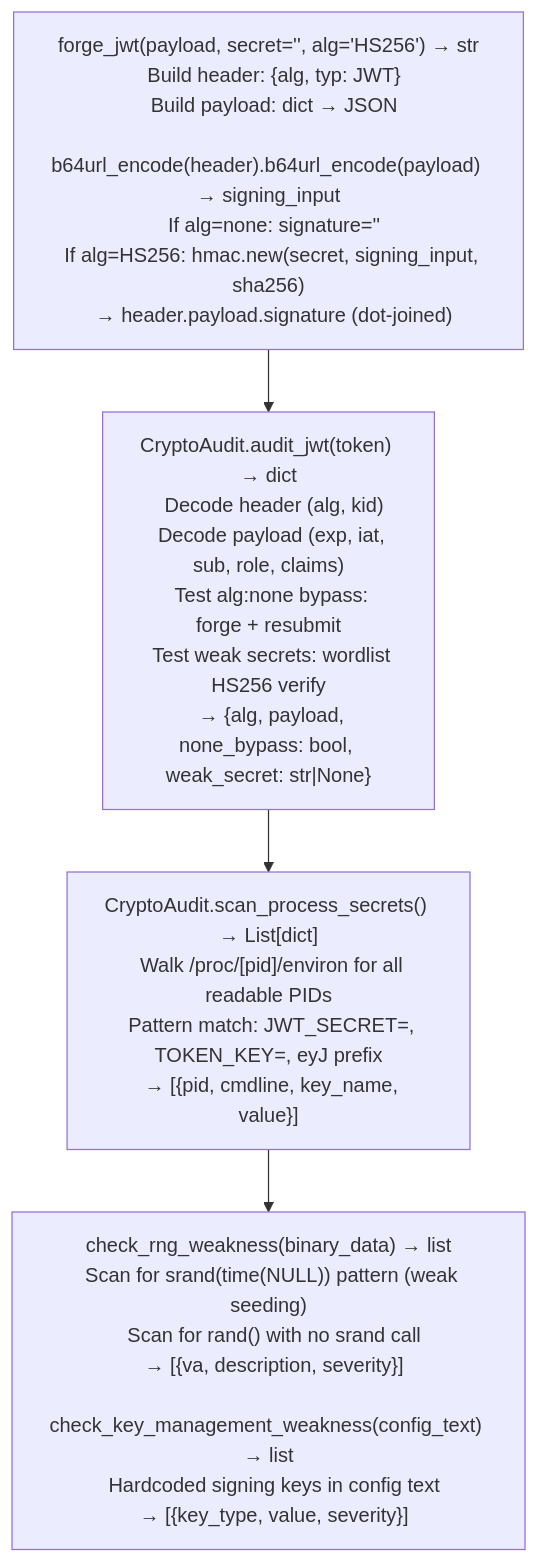
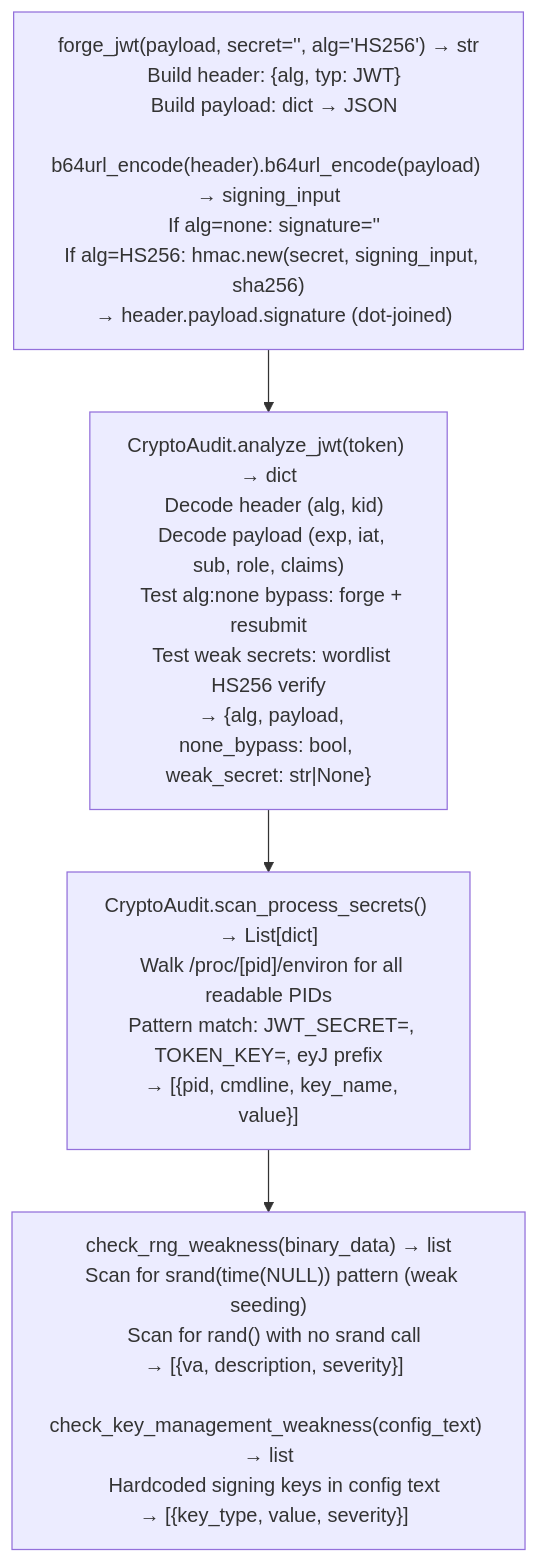
One commit to Ablation-Tool/ablation changed the diagram in docs/reference-modules/jwt-analysis-and-weak-secret-testing.md. Above: the diagram before and after it, drawn with Mermaid. The commit also changed other lines of this file and 4 other files, not shown here.

````diff
--- a/docs/reference-modules/jwt-analysis-and-weak-secret-testing.md
+++ b/docs/reference-modules/jwt-analysis-and-weak-secret-testing.md
@@ -19,6 +19,6 @@
 ```mermaid
 flowchart TD
-    A["forge_jwt(payload, secret='', alg='HS256') → str\n  Build header: {alg, typ: JWT}\n  Build payload: dict → JSON\n  b64url_encode(header).b64url_encode(payload) → signing_input\n  If alg=none: signature=''\n  If alg=HS256: hmac.new(secret, signing_input, sha256)\n  → header.payload.signature (dot-joined)"] --> B["CryptoAudit.audit_jwt(token) → dict\n  Decode header (alg, kid)\n  Decode payload (exp, iat, sub, role, claims)\n  Test alg:none bypass: forge + resubmit\n  Test weak secrets: wordlist HS256 verify\n  → {alg, payload, none_bypass: bool, weak_secret: str|None}"]
+    A["forge_jwt(payload, secret='', alg='HS256') → str\n  Build header: {alg, typ: JWT}\n  Build payload: dict → JSON\n  b64url_encode(header).b64url_encode(payload) → signing_input\n  If alg=none: signature=''\n  If alg=HS256: hmac.new(secret, signing_input, sha256)\n  → header.payload.signature (dot-joined)"] --> B["CryptoAudit.analyze_jwt(token) → dict\n  Decode header (alg, kid)\n  Decode payload (exp, iat, sub, role, claims)\n  Test alg:none bypass: forge + resubmit\n  Test weak secrets: wordlist HS256 verify\n  → {alg, payload, none_bypass: bool, weak_secret: str|None}"]
     B --> C["CryptoAudit.scan_process_secrets() → List[dict]\n  Walk /proc/[pid]/environ for all readable PIDs\n  Pattern match: JWT_SECRET=, TOKEN_KEY=, eyJ prefix\n  → [{pid, cmdline, key_name, value}]"]
     C --> D["check_rng_weakness(binary_data) → list\n  Scan for srand(time(NULL)) pattern (weak seeding)\n  Scan for rand() with no srand call\n  → [{va, description, severity}]\n\ncheck_key_management_weakness(config_text) → list\n  Hardcoded signing keys in config text\n  → [{key_type, value, severity}]"]
 ```
````
